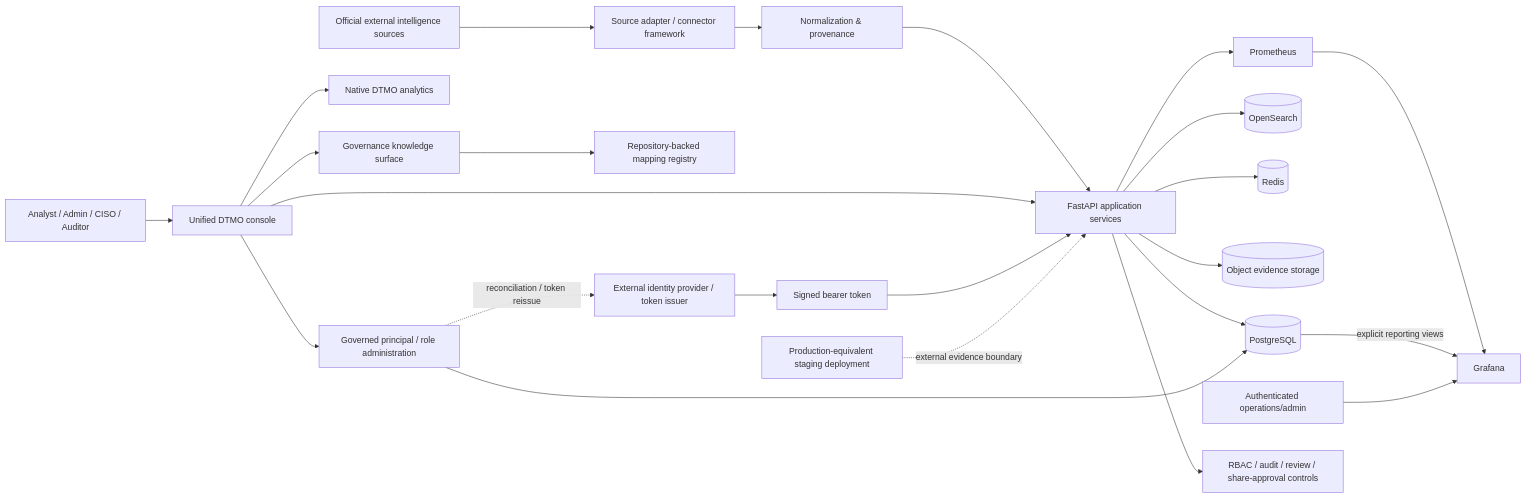
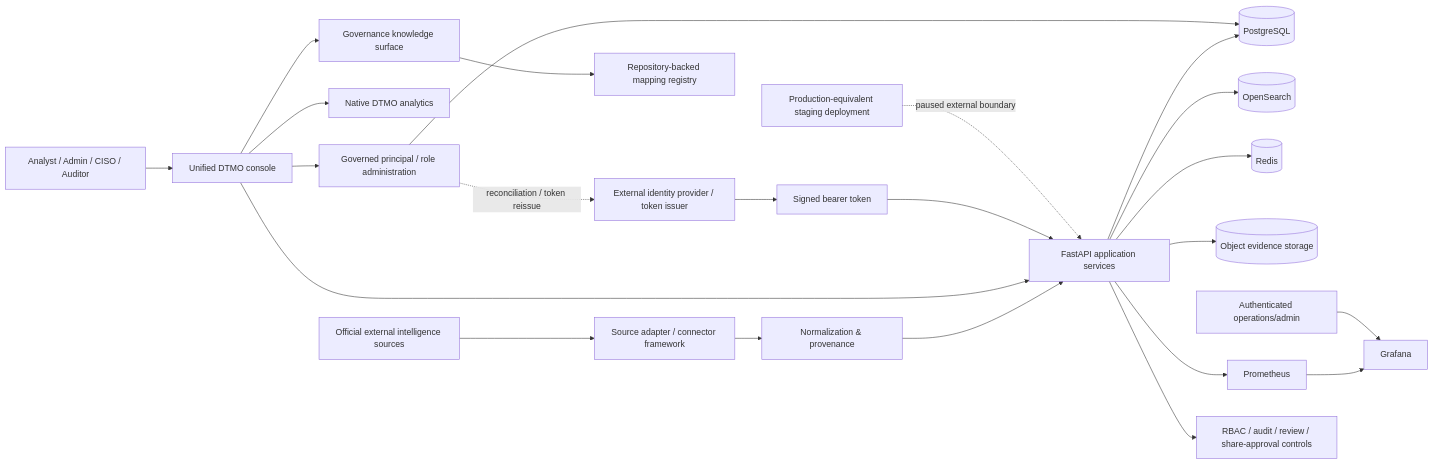
The diagram in docs/architecture/SYSTEM_ARCHITECTURE.md (GJvManen/dtmo), drawn with Mermaid before and after one commit. The commit also changed other lines of this file, not shown here.

Commit message:
Docs: reflect reopened RC13 browser trust boundary

````diff
--- a/docs/architecture/SYSTEM_ARCHITECTURE.md
+++ b/docs/architecture/SYSTEM_ARCHITECTURE.md
@@ -12,26 +12,25 @@
 ```mermaid
 flowchart LR
     EXT[Official external intelligence sources] --> CF[Source adapter / connector framework]
     CF --> NP[Normalization & provenance]
     NP --> API[FastAPI application services]
     API --> PG[(PostgreSQL)]
     API --> OS[(OpenSearch)]
     API --> RD[(Redis)]
     API --> OBJ[(Object evidence storage)]
     USER[Analyst / Admin / CISO / Auditor] --> CONSOLE[Unified DTMO console]
     CONSOLE --> API
     CONSOLE --> NATIVE[Native DTMO analytics]
     CONSOLE --> RBAC[Governed principal / role administration]
     CONSOLE --> GKS[Governance knowledge surface]
     RBAC --> PG
     GKS --> REG[Repository-backed mapping registry]
     IDP[External identity provider / token issuer] --> TOKEN[Signed bearer token]
     TOKEN --> API
     RBAC -. reconciliation / token reissue .-> IDP
     API --> PM[Prometheus]
     PM --> GF[Grafana]
-    PG -->|explicit reporting views| GF
     OPS[Authenticated operations/admin] --> GF
     API --> GOV[RBAC / audit / review / share-approval controls]
-    STAGE[Production-equivalent staging deployment] -. external evidence boundary .-> API
+    STAGE[Production-equivalent staging deployment] -. paused external boundary .-> API
 ```
````
